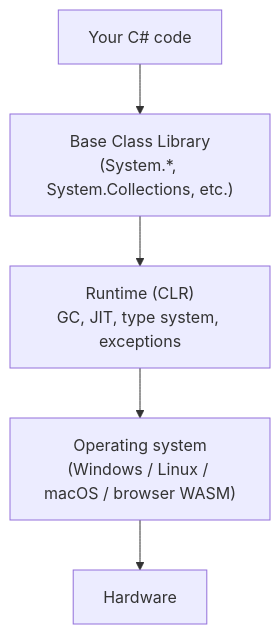
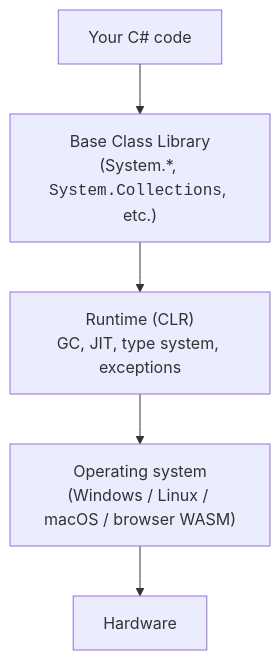
One commit to dataslope/dataslope changed the third of 3 diagrams in content/learn/intro-modern-csharp/managed-runtimes.mdx. Above: the diagram before and after it, drawn with Mermaid. The commit also changed other lines of this file and 100 other files, not shown here.

First line of the commit message:
Wrap more code in diagram labels: filenames, hex, assignments, subgraph titles

````diff
--- a/content/learn/intro-modern-csharp/managed-runtimes.mdx
+++ b/content/learn/intro-modern-csharp/managed-runtimes.mdx
@@ -194,9 +194,9 @@
 ```mermaid
 flowchart TB
     Y["Your C# code"]
-    BCL["Base Class Library<br/>(System.*, System.Collections, etc.)"]
+    BCL["Base Class Library<br/>(System.*, <code>System.Collections</code>, etc.)"]
     R["Runtime (CLR)<br/>GC, JIT, type system, exceptions"]
     OS["Operating system<br/>(Windows / Linux / macOS / browser WASM)"]
     H["Hardware"]
     Y --> BCL --> R --> OS --> H
 ```
````
